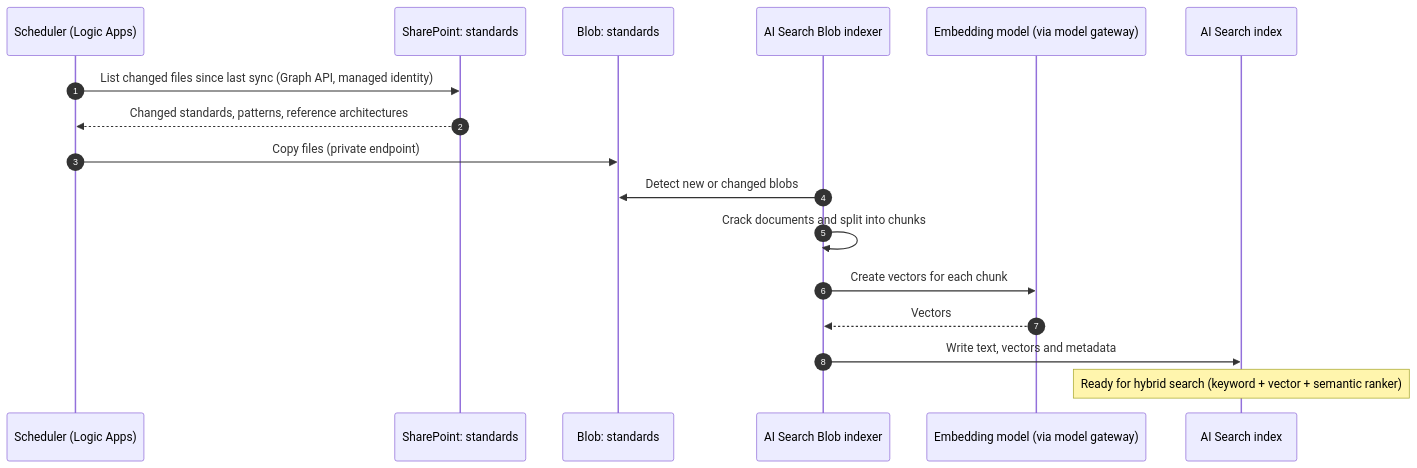
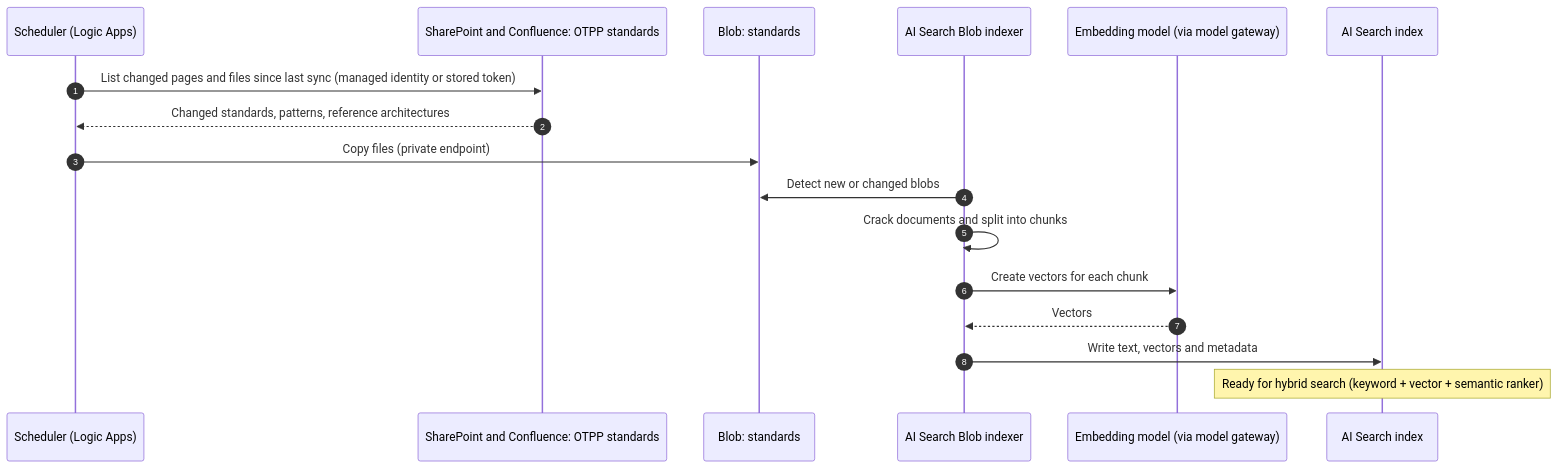
Before and after one commit to itsamitkr/arb-agent-design: the first of 8 diagrams in ARB-Agent-Technical-Design.md, drawn with Mermaid. The commit also changed other lines of this file and 2 other files, not shown here.

````diff
--- a/ARB-Agent-Technical-Design.md
+++ b/ARB-Agent-Technical-Design.md
@@ -273,20 +417,20 @@
 ```mermaid
 sequenceDiagram
     autonumber
     participant SCH as Scheduler (Logic Apps)
-    participant SP as SharePoint: standards
+    participant SP as SharePoint and Confluence: OTPP standards
     participant BL as Blob: standards
     participant IX as AI Search Blob indexer
     participant EMB as Embedding model (via model gateway)
     participant IDX as AI Search index
 
-    SCH->>SP: List changed files since last sync (Graph API, managed identity)
+    SCH->>SP: List changed pages and files since last sync (managed identity or stored token)
     SP-->>SCH: Changed standards, patterns, reference architectures
     SCH->>BL: Copy files (private endpoint)
     IX->>BL: Detect new or changed blobs
     IX->>IX: Crack documents and split into chunks
     IX->>EMB: Create vectors for each chunk
     EMB-->>IX: Vectors
     IX->>IDX: Write text, vectors and metadata
     Note over IDX: Ready for hybrid search (keyword + vector + semantic ranker)
 ```
````
